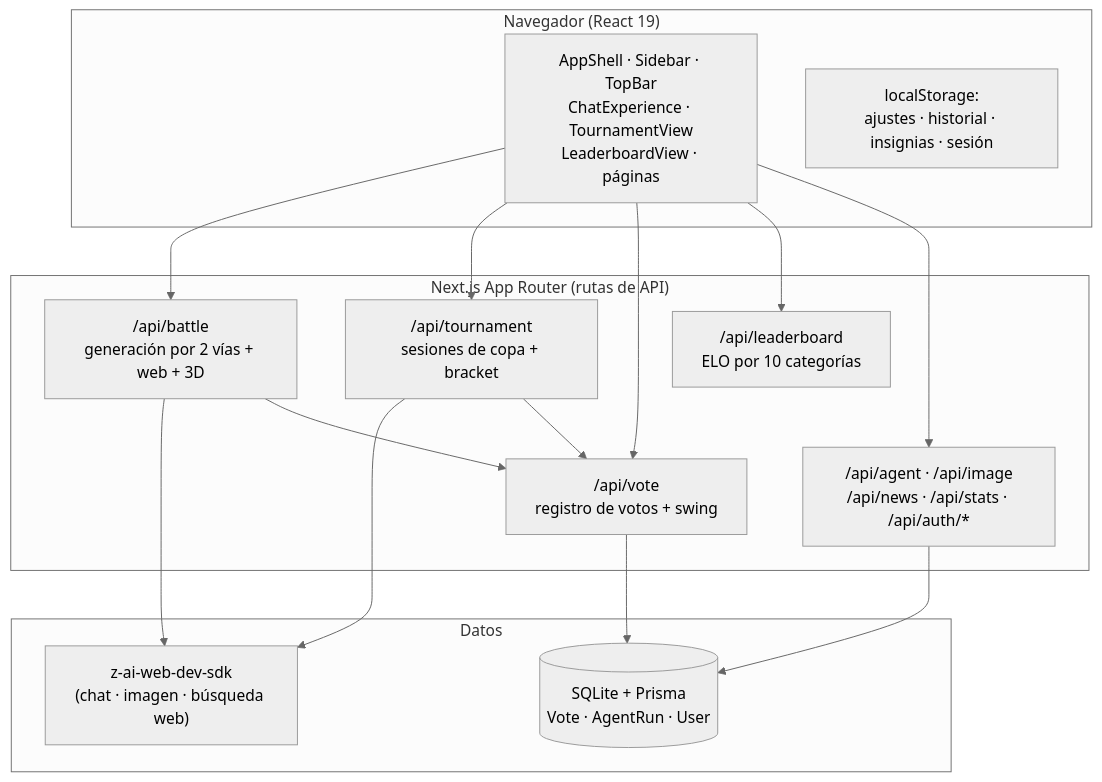
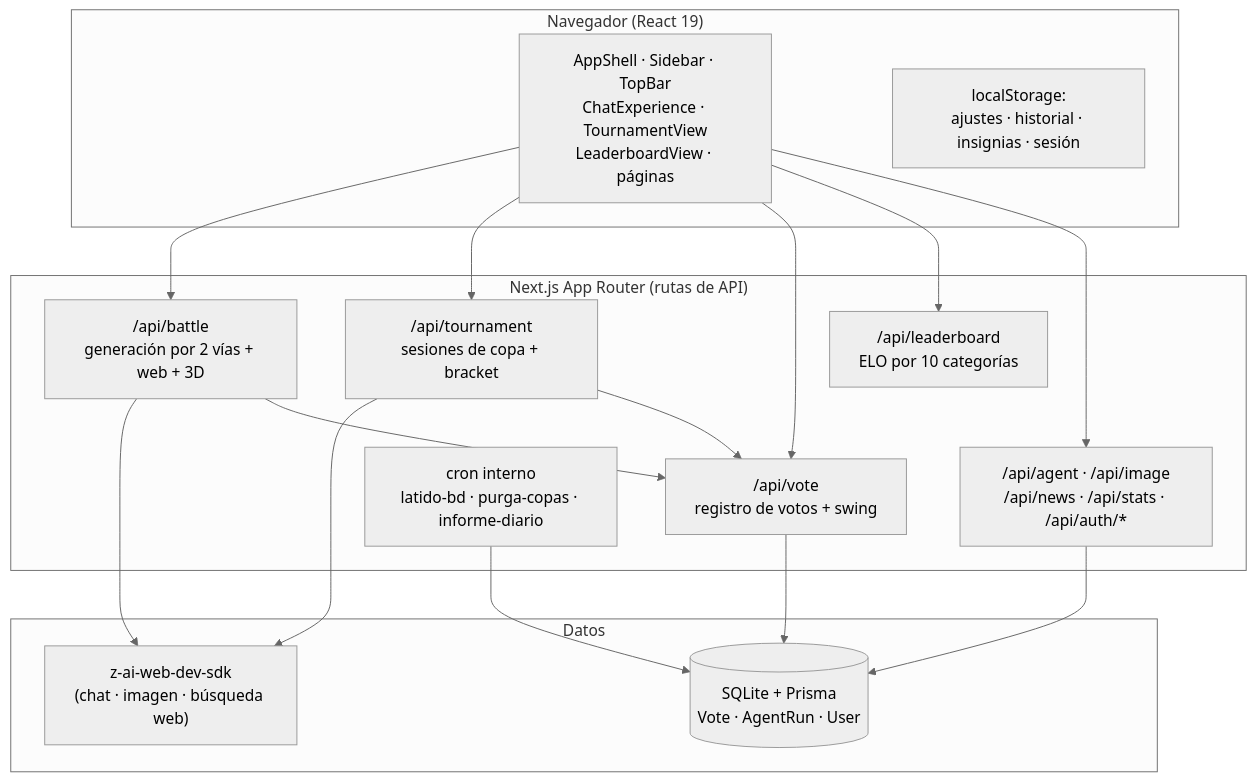
One commit to FazeUrru/TODO-LOGO-AI changed the second of 2 diagrams in README.md. Above: the diagram before and after it, drawn with Mermaid (neutral theme). The commit also changed other lines of this file and 18 other files, not shown here.

````diff
--- a/README.md
+++ b/README.md
@@ -331,23 +369,25 @@
 ```mermaid
 flowchart TB
     subgraph Cliente["Navegador (React 19)"]
         UI["AppShell · Sidebar · TopBar<br/>ChatExperience · TournamentView<br/>LeaderboardView · páginas"]
         LS["localStorage:<br/>ajustes · historial · insignias · sesión"]
     end
     subgraph Servidor["Next.js App Router (rutas de API)"]
         B["/api/battle<br/>generación por 2 vías + web + 3D"]
         T["/api/tournament<br/>sesiones de copa + bracket"]
         V["/api/vote<br/>registro de votos + swing"]
         L["/api/leaderboard<br/>ELO por 10 categorías"]
         A["/api/agent · /api/image<br/>/api/news · /api/stats · /api/auth/*"]
+        CR["cron interno<br/>latido-bd · purga-copas · informe-diario"]
     end
     subgraph Datos
         DB[("SQLite + Prisma<br/>Vote · AgentRun · User")]
         SDK["z-ai-web-dev-sdk<br/>(chat · imagen · búsqueda web)"]
     end
     UI --> B & T & V & L & A
     B & T --> SDK
     V & A --> DB
     B --> V
     T --> V
+    CR --> DB
 ```
````
